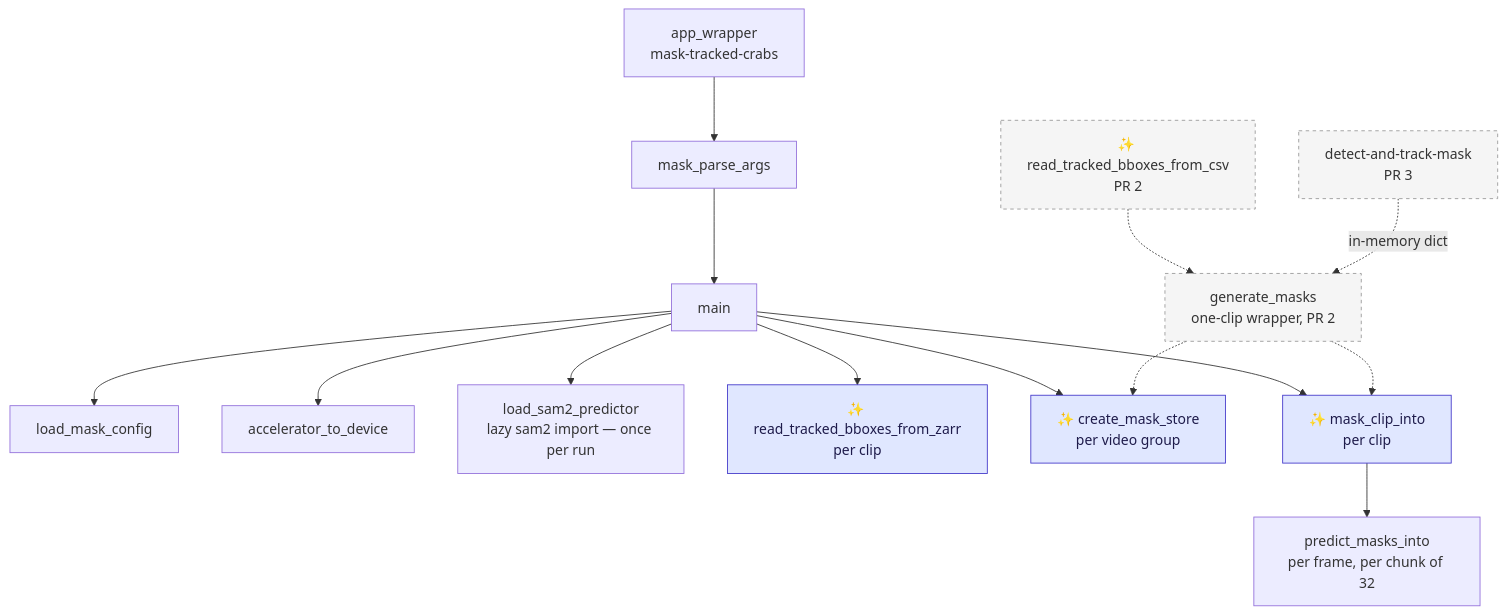
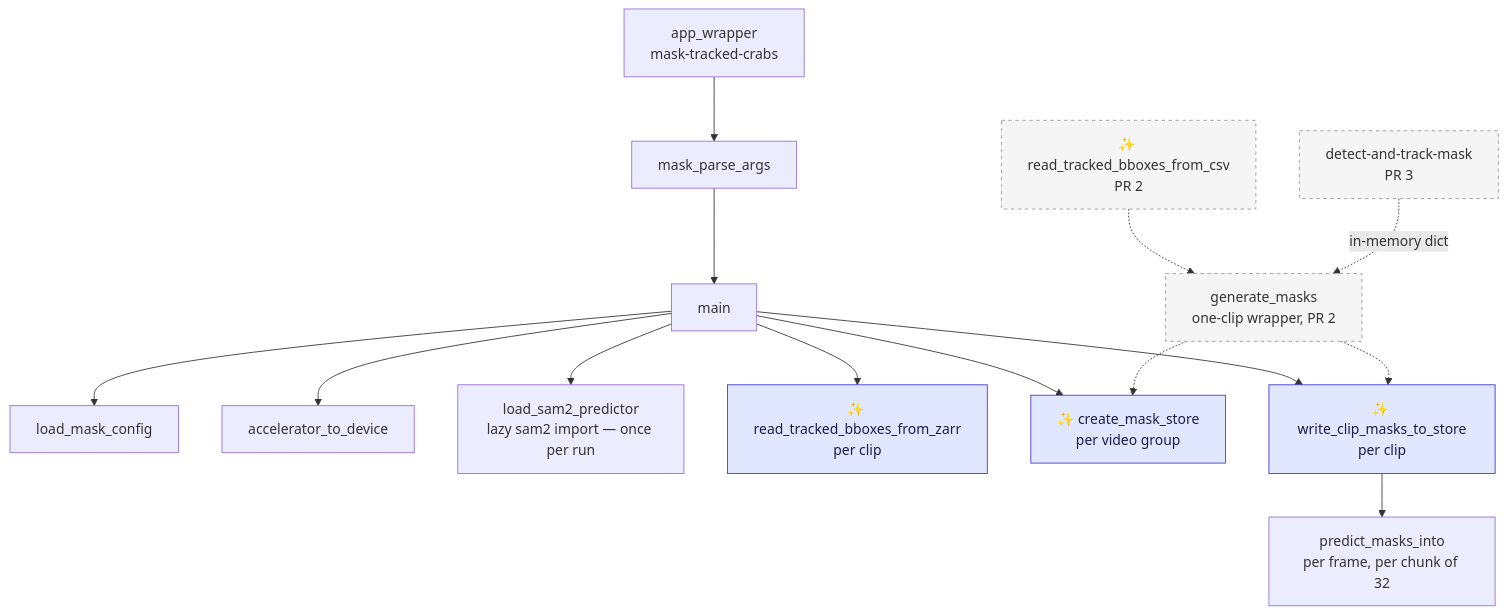
One commit to SainsburyWellcomeCentre/crabs-exploration changed the third of 3 diagrams in claude-plans/proposal-mask-tracked-crabs.md. Above: the diagram before and after it, drawn with Mermaid. The commit also changed other lines of this file and 3 other files, not shown here.

````diff
--- a/claude-plans/proposal-mask-tracked-crabs.md
+++ b/claude-plans/proposal-mask-tracked-crabs.md
@@ -704,22 +768,22 @@
 ```mermaid
 flowchart TD
     W["app_wrapper<br/>mask-tracked-crabs"] --> P["mask_parse_args"]
     P --> M["main"]
     M --> C["load_mask_config"]
     M --> AD["accelerator_to_device"]
     M --> LP["load_sam2_predictor<br/>lazy sam2 import — once per run"]
     M --> RZ["✨ read_tracked_bboxes_from_zarr<br/>per clip"]
     M --> CS["✨ create_mask_store<br/>per video group"]
-    M --> MC["✨ mask_clip_into<br/>per clip"]
+    M --> MC["✨ write_clip_masks_to_store<br/>per clip"]
     MC --> PM["predict_masks_into<br/>per frame, per chunk of 32"]
     RC["✨ read_tracked_bboxes_from_csv<br/>PR 2"] -.-> GM["generate_masks<br/>one-clip wrapper, PR 2"]
     GM -.-> CS
     GM -.-> MC
     FUT["detect-and-track-mask<br/>PR 3"] -.->|"in-memory dict"| GM
     style RZ fill:#e0e7ff,stroke:#4338ca,color:#1e1b4b
     style CS fill:#e0e7ff,stroke:#4338ca,color:#1e1b4b
     style MC fill:#e0e7ff,stroke:#4338ca,color:#1e1b4b
     style RC fill:#f5f5f5,stroke:#999,color:#333,stroke-dasharray: 4 4
     style GM fill:#f5f5f5,stroke:#999,color:#333,stroke-dasharray: 4 4
     style FUT fill:#f5f5f5,stroke:#999,color:#333,stroke-dasharray: 4 4
 ```
````
